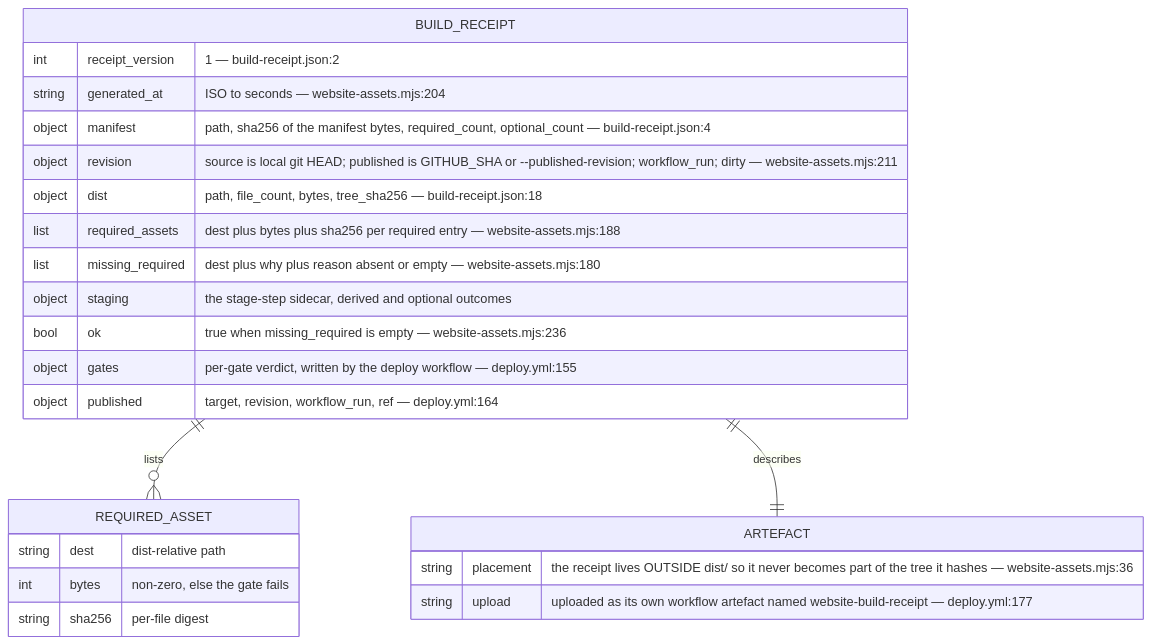
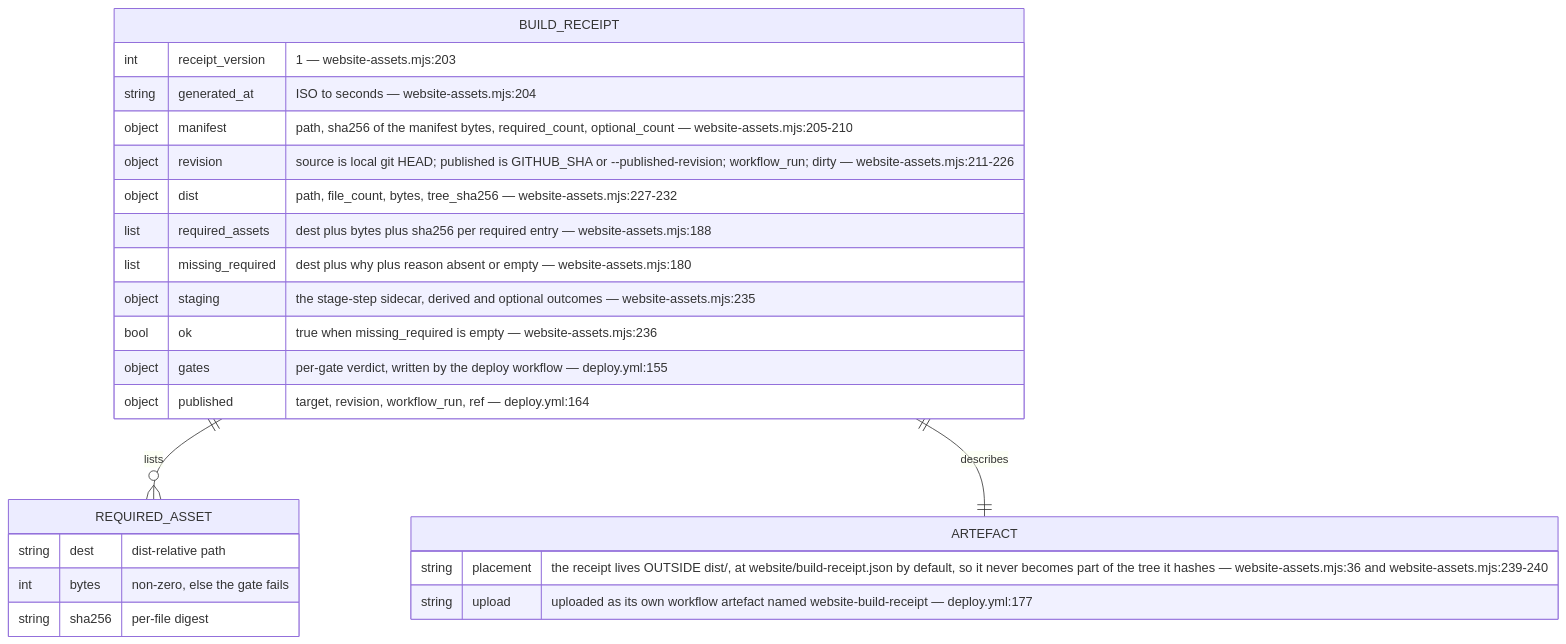
One commit to DreamLab-AI/VisionFlow changed the fifth of 12 diagrams in docs/diagrams/visionflow/02-website-build-and-deploy.md. Above: the diagram before and after it, drawn with Mermaid. The commit also changed other lines of this file and 91 other files, not shown here.

````diff
--- a/docs/diagrams/visionflow/02-website-build-and-deploy.md
+++ b/docs/diagrams/visionflow/02-website-build-and-deploy.md
@@ -168,27 +168,27 @@
 ```mermaid
 erDiagram
     BUILD_RECEIPT {
-        int receipt_version "1 — build-receipt.json:2"
+        int receipt_version "1 — website-assets.mjs:203"
         string generated_at "ISO to seconds — website-assets.mjs:204"
-        object manifest "path, sha256 of the manifest bytes, required_count, optional_count — build-receipt.json:4"
-        object revision "source is local git HEAD; published is GITHUB_SHA or --published-revision; workflow_run; dirty — website-assets.mjs:211"
-        object dist "path, file_count, bytes, tree_sha256 — build-receipt.json:18"
+        object manifest "path, sha256 of the manifest bytes, required_count, optional_count — website-assets.mjs:205-210"
+        object revision "source is local git HEAD; published is GITHUB_SHA or --published-revision; workflow_run; dirty — website-assets.mjs:211-226"
+        object dist "path, file_count, bytes, tree_sha256 — website-assets.mjs:227-232"
         list required_assets "dest plus bytes plus sha256 per required entry — website-assets.mjs:188"
         list missing_required "dest plus why plus reason absent or empty — website-assets.mjs:180"
-        object staging "the stage-step sidecar, derived and optional outcomes"
+        object staging "the stage-step sidecar, derived and optional outcomes — website-assets.mjs:235"
         bool ok "true when missing_required is empty — website-assets.mjs:236"
         object gates "per-gate verdict, written by the deploy workflow — deploy.yml:155"
         object published "target, revision, workflow_run, ref — deploy.yml:164"
     }
     REQUIRED_ASSET {
         string dest "dist-relative path"
         int bytes "non-zero, else the gate fails"
         string sha256 "per-file digest"
     }
     ARTEFACT {
-        string placement "the receipt lives OUTSIDE dist/ so it never becomes part of the tree it hashes — website-assets.mjs:36"
+        string placement "the receipt lives OUTSIDE dist/, at website/build-receipt.json by default, so it never becomes part of the tree it hashes — website-assets.mjs:36 and website-assets.mjs:239-240"
         string upload "uploaded as its own workflow artefact named website-build-receipt — deploy.yml:177"
     }
     BUILD_RECEIPT ||--o{ REQUIRED_ASSET : lists
     BUILD_RECEIPT ||--|| ARTEFACT : describes
 ```
````
